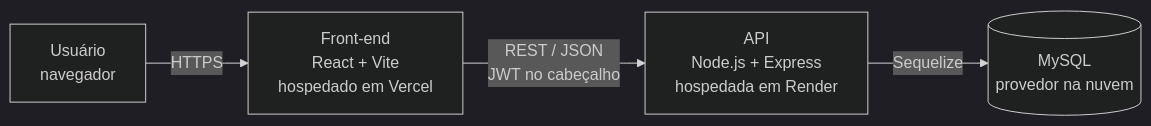
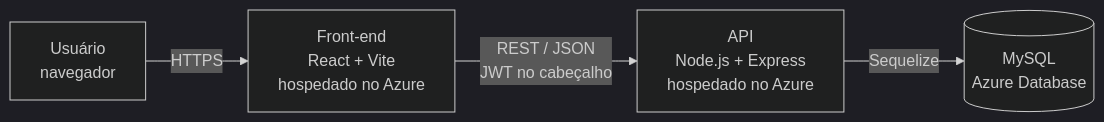
Before and after one commit to marthaaribeiro/fic2026-fatec-itaquera-devcore: the first of 2 diagrams in README.md, drawn with Mermaid (dark theme). The commit also changed other lines of this file and 13 other files, not shown here.

````diff
--- a/README.md
+++ b/README.md
@@ -91,6 +91,6 @@
 ```mermaid
 flowchart LR
-    U[Usuário<br/>navegador] -->|HTTPS| F[Front-end<br/>React + Vite<br/>hospedado em Vercel]
-    F -->|REST / JSON<br/>JWT no cabeçalho| A[API<br/>Node.js + Express<br/>hospedada em Render]
-    A -->|Sequelize| D[(MySQL<br/>provedor na nuvem)]
+    U[Usuário<br/>navegador] -->|HTTPS| F[Front-end<br/>React + Vite<br/>hospedado no Azure]
+    F -->|REST / JSON<br/>JWT no cabeçalho| A[API<br/>Node.js + Express<br/>hospedado no Azure]
+    A -->|Sequelize| D[(MySQL<br/>Azure Database)]
 ```
````
